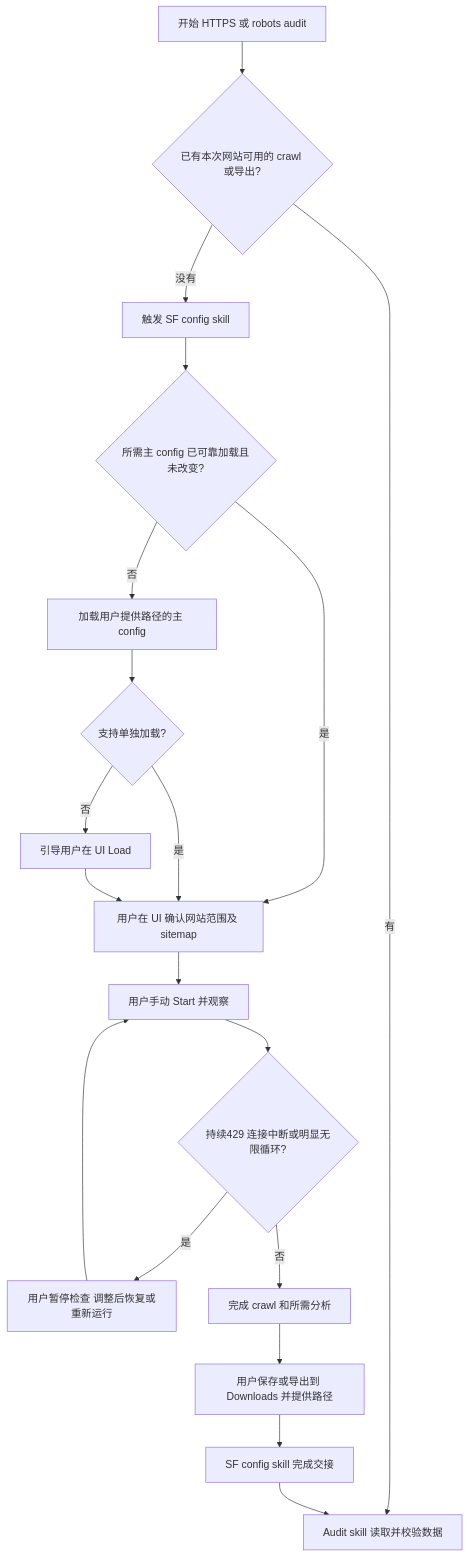
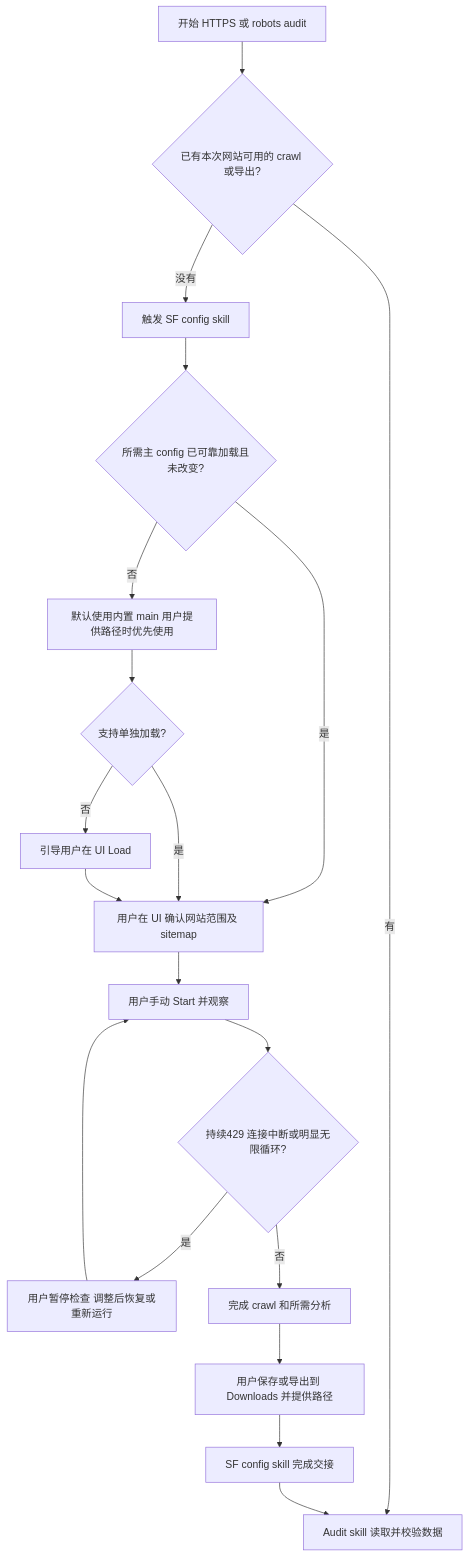
The first of 2 diagrams in README.md (timn-firstpage/On-_site_SF_shared_config), drawn with Mermaid before and after one commit. The commit also changed other lines of this file and 3 other files, not shown here.

````diff
--- a/README.md
+++ b/README.md
@@ -9,21 +9,21 @@
 ```mermaid
 flowchart TD
     A[开始 HTTPS 或 robots audit] --> B{已有本次网站可用的 crawl 或导出?}
     B -- 有 --> J[Audit skill 读取并校验数据]
     B -- 没有 --> C[触发 SF config skill]
     C --> D{所需主 config 已可靠加载且未改变?}
     D -- 是 --> F[用户在 UI 确认网站范围及 sitemap]
-    D -- 否 --> E[加载用户提供路径的主 config]
+    D -- 否 --> E[默认使用内置 main 用户提供路径时优先使用]
     E --> E2{支持单独加载?}
     E2 -- 是 --> F
     E2 -- 否 --> E3[引导用户在 UI Load]
     E3 --> F
     F --> G[用户手动 Start 并观察]
     G --> H{持续429 连接中断或明显无限循环?}
     H -- 是 --> I[用户暂停检查 调整后恢复或重新运行]
     I --> G
     H -- 否 --> K[完成 crawl 和所需分析]
     K --> L[用户保存或导出到 Downloads 并提供路径]
     L --> M[SF config skill 完成交接]
     M --> J
 ```
````
